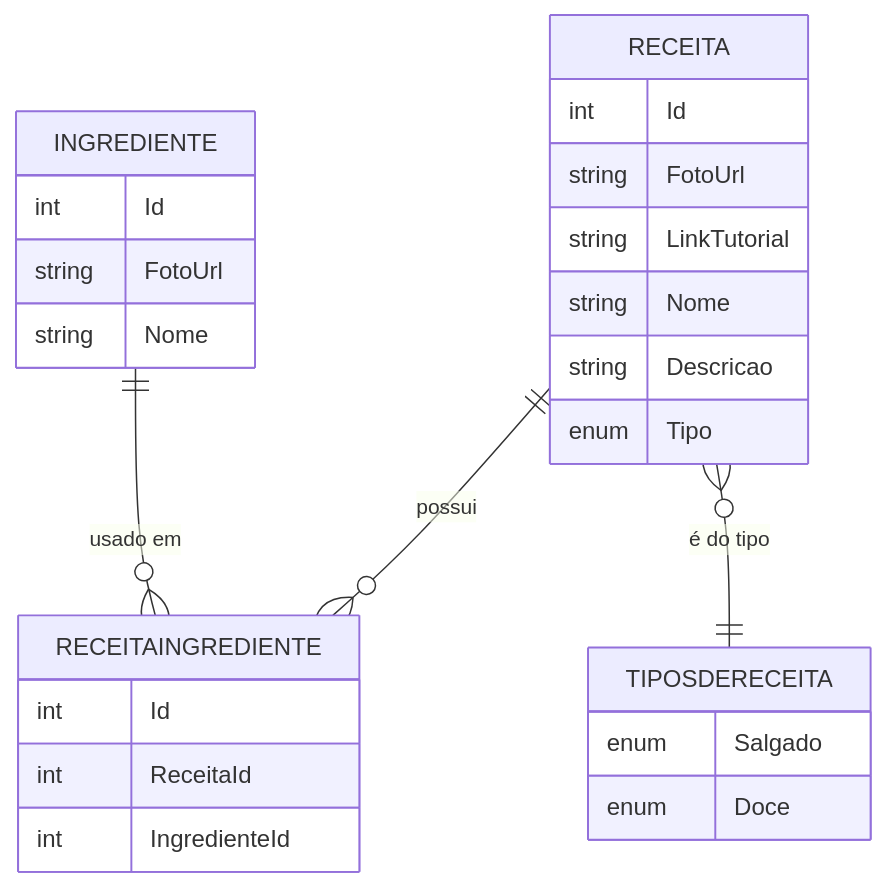
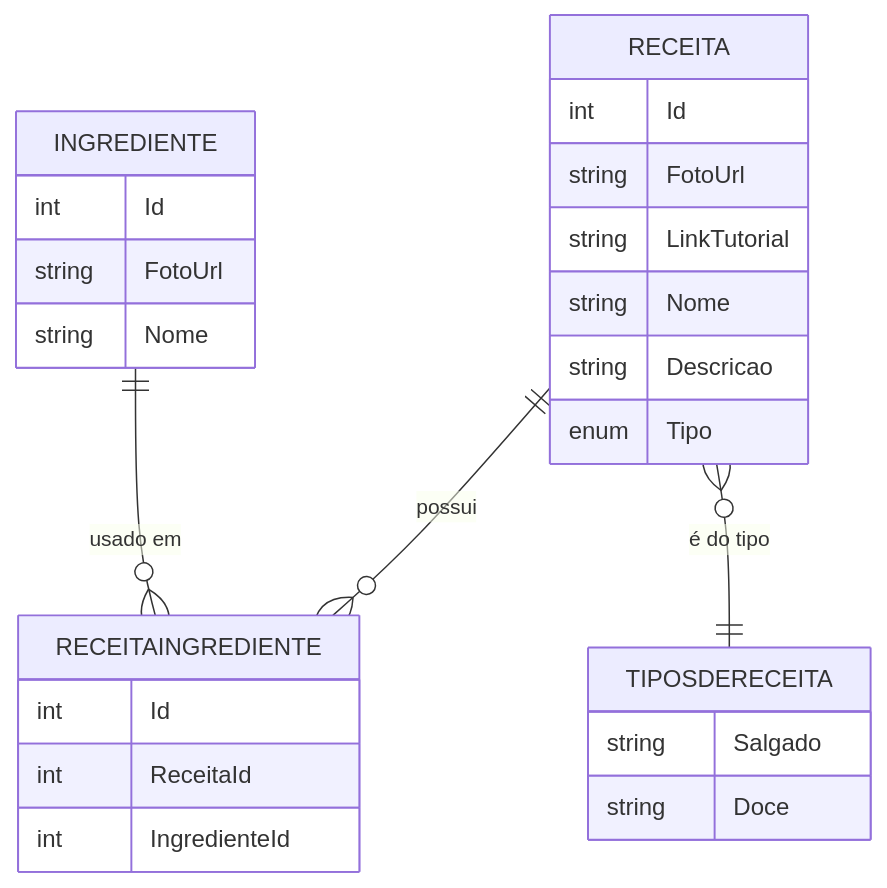
One commit to brunopaz8/site-de-receita-api changed the diagram in README.md. Above: the diagram before and after it, drawn with Mermaid. The commit also changed other lines of this file, not shown here.

````diff
--- a/README.md
+++ b/README.md
@@ -57,33 +61,32 @@
 ```mermaid
 erDiagram
     INGREDIENTE {
         int Id
         string FotoUrl
         string Nome
     }
 
     RECEITA {
         int Id
         string FotoUrl
         string LinkTutorial
         string Nome
         string Descricao
         enum Tipo
     }
 
     RECEITAINGREDIENTE {
         int Id
         int ReceitaId
         int IngredienteId
     }
 
     TIPOSDERECEITA {
-        enum Salgado 
-        enum Doce 
+        string Salgado
+        string Doce
     }
 
     INGREDIENTE ||--o{ RECEITAINGREDIENTE : "usado em"
     RECEITA ||--o{ RECEITAINGREDIENTE : "possui"
     RECEITA }o--|| TIPOSDERECEITA : "é do tipo"
-
 ```
````
